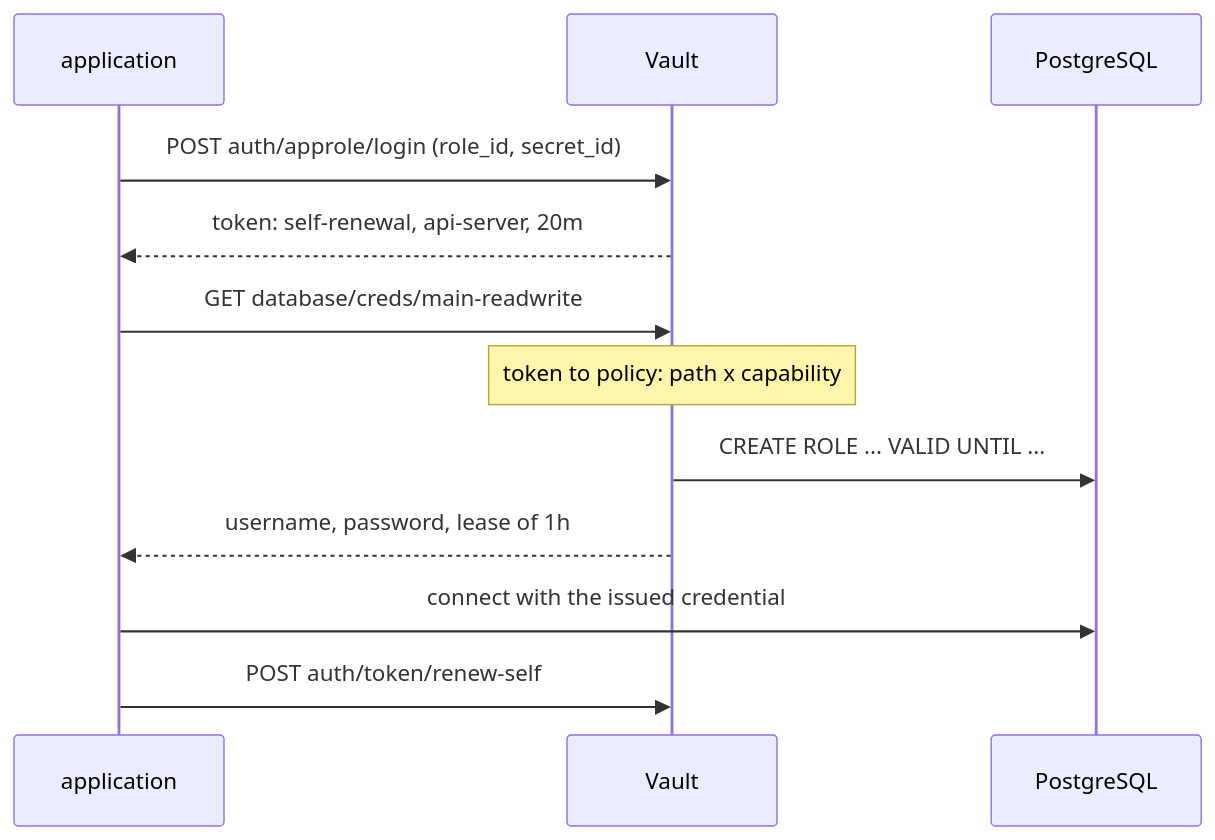
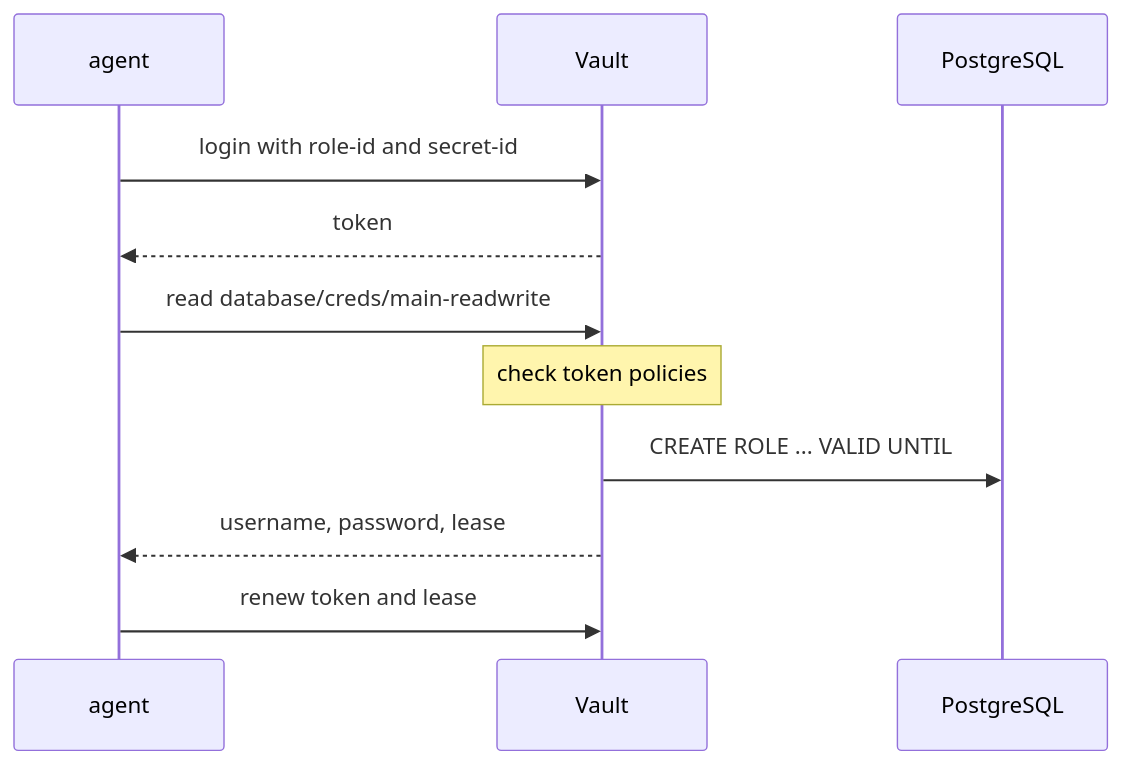
One commit to zinrai/hashicorp-vault-lab changed the second of 2 diagrams in docs/CONCEPTS.md. Above: the diagram before and after it, drawn with Mermaid. The commit also changed other lines of this file and 8 other files, not shown here.

````diff
--- a/docs/CONCEPTS.md
+++ b/docs/CONCEPTS.md
@@ -246,17 +118,14 @@
 ```mermaid
 sequenceDiagram
-    participant App as application
+    participant A as agent
     participant V as Vault
-    participant PG as PostgreSQL
+    participant P as PostgreSQL
 
-    App->>V: POST auth/approle/login (role_id, secret_id)
-    V-->>App: token: self-renewal, api-server, 20m
-
-    App->>V: GET database/creds/main-readwrite
-    Note over V: token to policy: path x capability
-    V->>PG: CREATE ROLE ... VALID UNTIL ...
-    V-->>App: username, password, lease of 1h
-
-    App->>PG: connect with the issued credential
-    App->>V: POST auth/token/renew-self
+    A->>V: login with role-id and secret-id
+    V-->>A: token
+    A->>V: read database/creds/main-readwrite
+    Note over V: check token policies
+    V->>P: CREATE ROLE ... VALID UNTIL
+    V-->>A: username, password, lease
+    A->>V: renew token and lease
 ```
````
